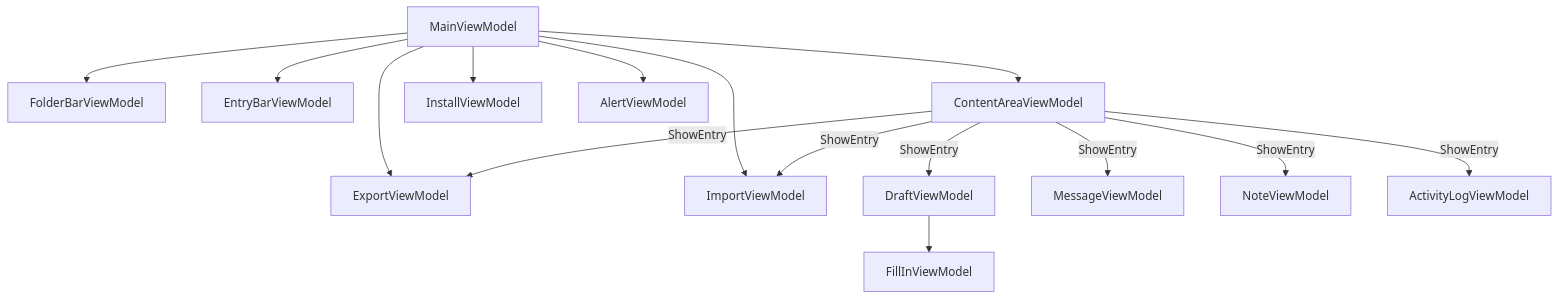
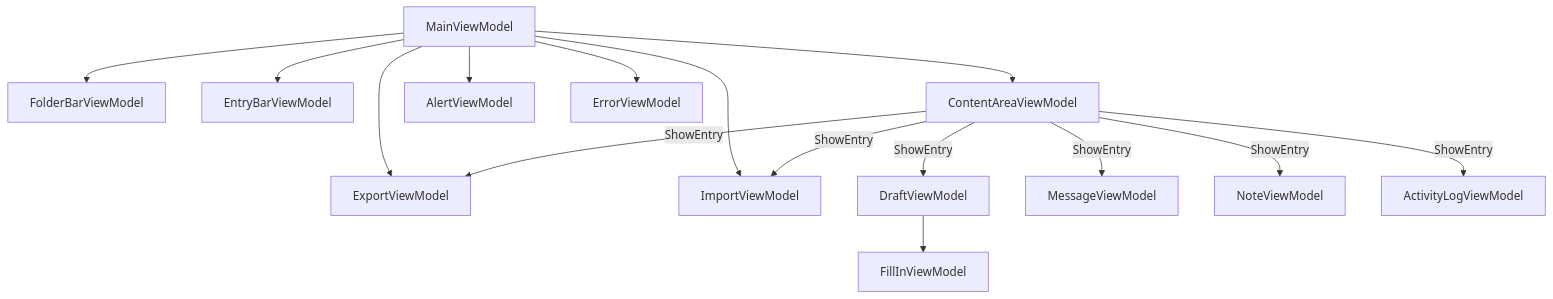
Before and after one commit to Blue-Heighliner/Comlink: the diagram in Docs/Components/ViewModels.md, drawn with Mermaid. The commit also changed other lines of this file and 85 other files, not shown here.

````diff
--- a/Docs/Components/ViewModels.md
+++ b/Docs/Components/ViewModels.md
@@ -9,30 +9,30 @@
 ```mermaid
 graph TD
     MVM[MainViewModel]
     FBV[FolderBarViewModel]
     EBV[EntryBarViewModel]
     CAV[ContentAreaViewModel]
-    IV[InstallViewModel]
     AV[AlertViewModel]
+    ERV[ErrorViewModel]
     EXV[ExportViewModel]
     IMV[ImportViewModel]
     DVM[DraftViewModel]
     MVMe[MessageViewModel]
     NVM[NoteViewModel]
     ALV[ActivityLogViewModel]
     FIV[FillInViewModel]
     MVM --> FBV
     MVM --> EBV
     MVM --> CAV
-    MVM --> IV
     MVM --> AV
+    MVM --> ERV
     MVM --> EXV
     MVM --> IMV
     CAV -->|ShowEntry| DVM
     CAV -->|ShowEntry| MVMe
     CAV -->|ShowEntry| NVM
     CAV -->|ShowEntry| ALV
     CAV -->|ShowEntry| EXV
     CAV -->|ShowEntry| IMV
     DVM --> FIV
 ```
````
